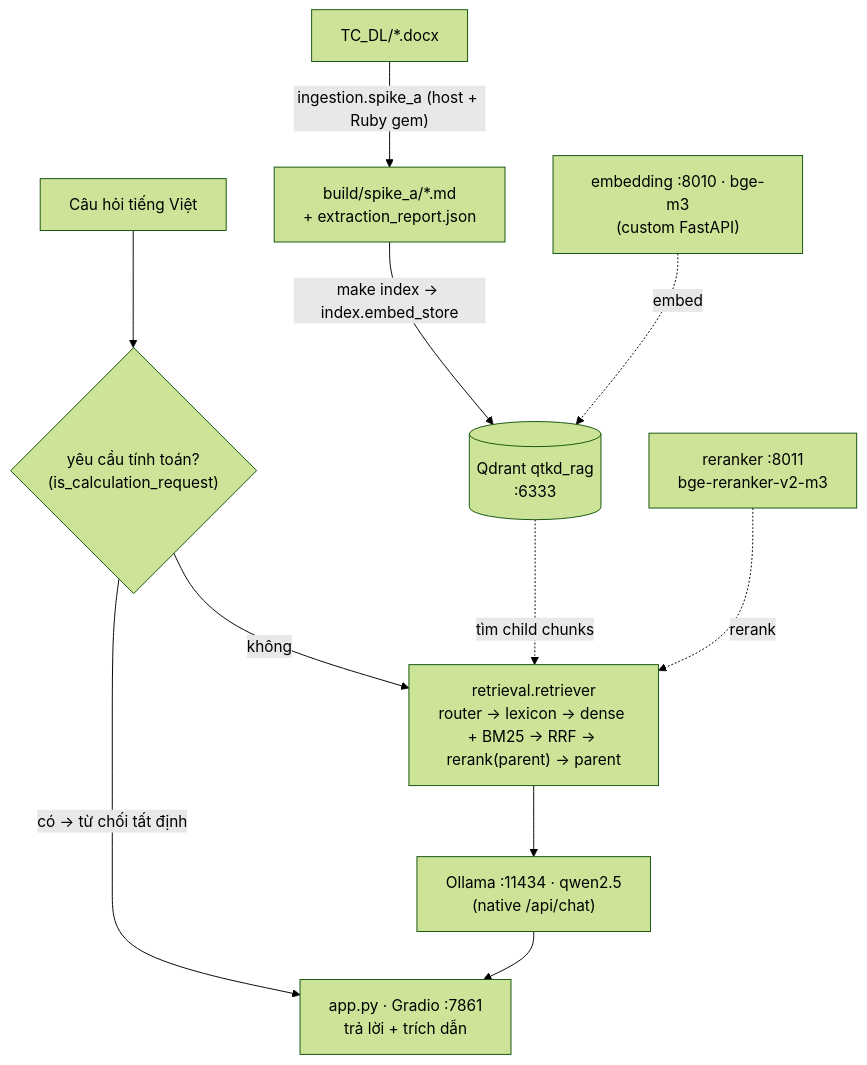
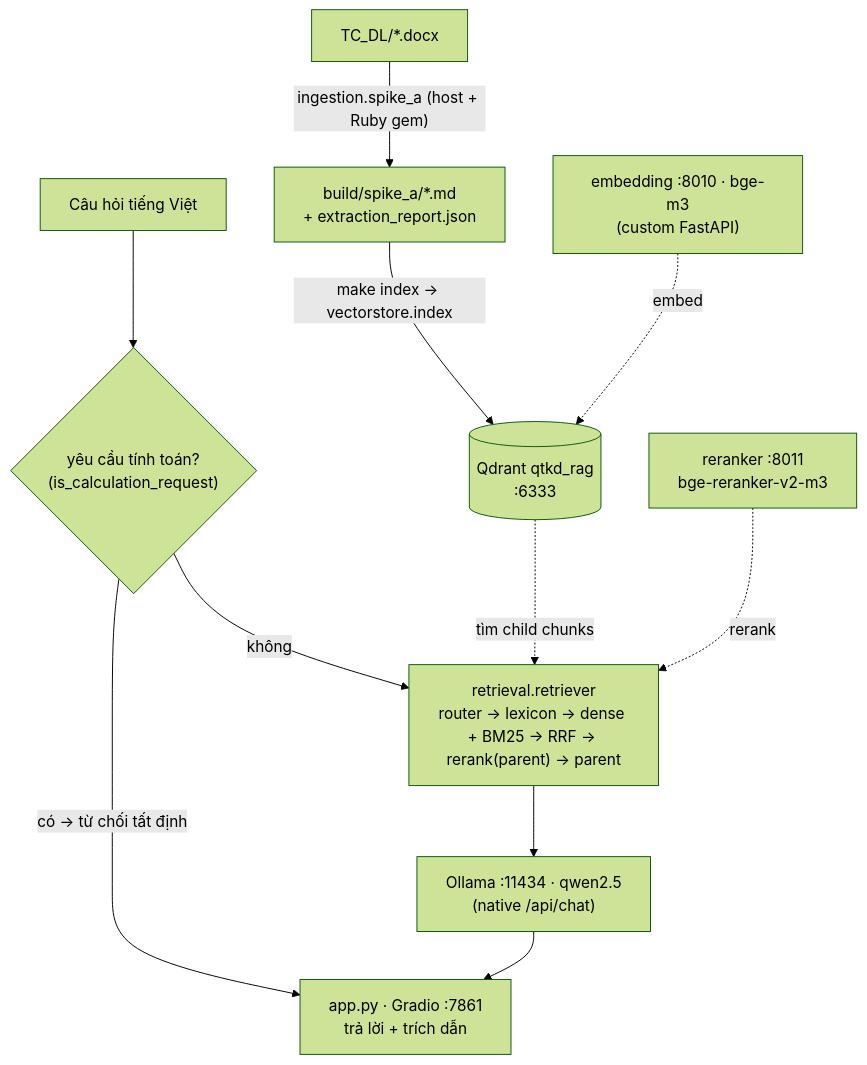
One commit to justtuananh/RAG-TC-DL changed the first of 2 diagrams in README.md. Above: the diagram before and after it, drawn with Mermaid (forest theme). The commit also changed other lines of this file and 21 other files, not shown here.

Commit message:
refactor: move indexing, the BM25 index and the chunker into vectorstore/ and ingestion/

````diff
--- a/README.md
+++ b/README.md
@@ -228,13 +228,13 @@
 ```mermaid
 flowchart TB
     D["TC_DL/*.docx"] -->|"ingestion.spike_a (host + Ruby gem)"| MD["build/spike_a/*.md<br/>+ extraction_report.json"]
-    MD -->|"make index → index.embed_store"| QD[("Qdrant qtkd_rag<br/>:6333")]
+    MD -->|"make index → vectorstore.index"| QD[("Qdrant qtkd_rag<br/>:6333")]
     EMB["embedding :8010 · bge-m3<br/>(custom FastAPI)"] -. embed .-> QD
     Q["Câu hỏi tiếng Việt"] --> GUARD{"yêu cầu tính toán?<br/>(is_calculation_request)"}
     GUARD -->|"có → từ chối tất định"| APP
     GUARD -->|"không"| RET["retrieval.retriever<br/>router → lexicon → dense + BM25 → RRF → rerank(parent) → parent"]
     QD -. "tìm child chunks" .-> RET
     RK["reranker :8011<br/>bge-reranker-v2-m3"] -. rerank .-> RET
     RET --> OL["Ollama :11434 · qwen2.5<br/>(native /api/chat)"]
     OL --> APP["app.py · Gradio :7861<br/>trả lời + trích dẫn"]
 ```
````
